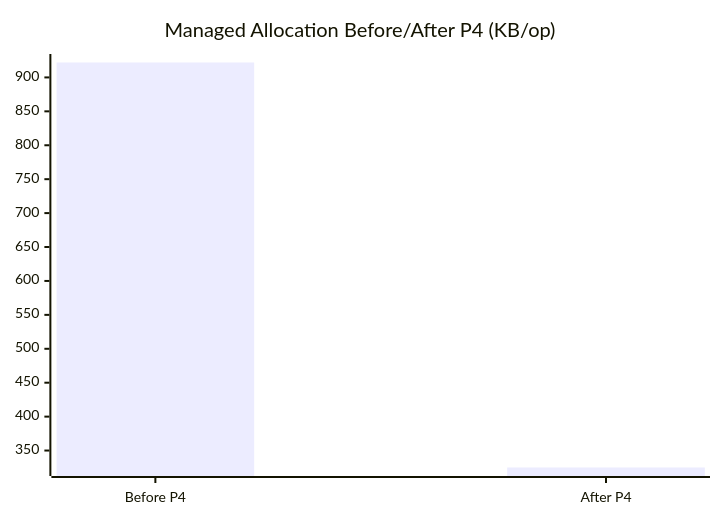
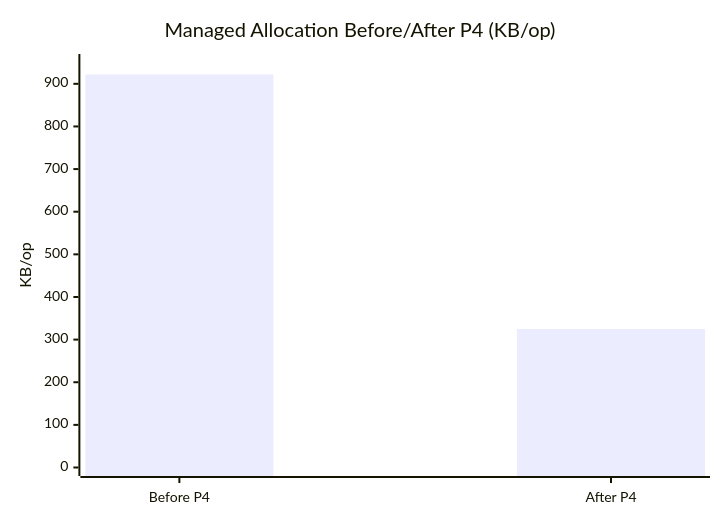
The first of 7 diagrams in docs/performance/runs/2026-05-30-154005/charts/charts.md (incursa/quic-dotnet), drawn with Mermaid before and after one commit. The commit also changed other lines of this file and 1 other file, not shown here.

Commit message:
Update performance charts and report with new metrics and axis labels

````diff
--- a/docs/performance/runs/2026-05-30-154005/charts/charts.md
+++ b/docs/performance/runs/2026-05-30-154005/charts/charts.md
@@ -5,6 +5,7 @@
 ```mermaid
 xychart-beta
   title "Managed Allocation Before/After P4 (KB/op)"
   x-axis ["Before P4", "After P4"]
+  y-axis "KB/op" 0 --> 950
   bar [922, 325]
 ```
````
